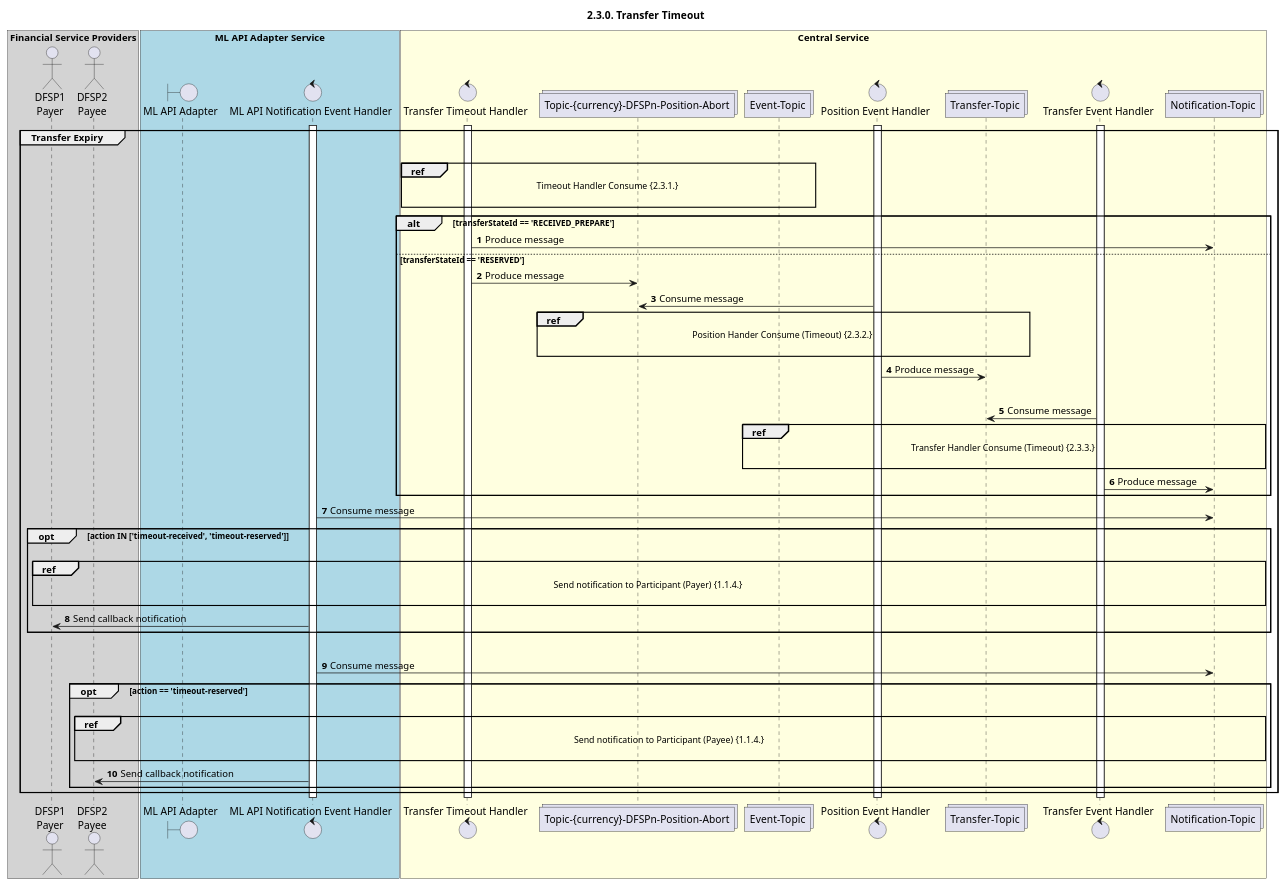
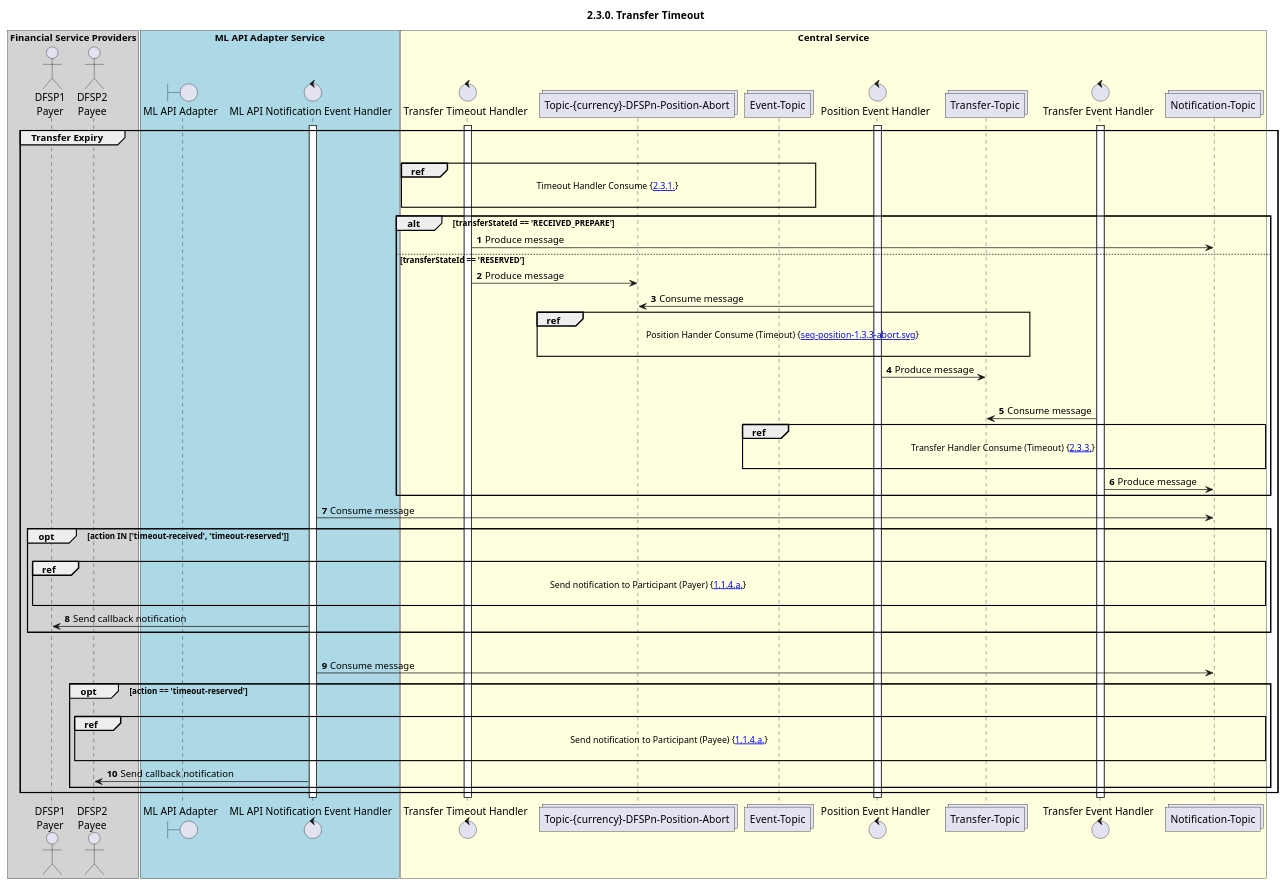
The diagram in CentralServices/seq_diagrams/seq-timeout-2.3.0.plantuml (ggrg/docs), drawn with PlantUML before and after one commit. The commit also changed 50 other files, not shown here.

First line of the commit message:
Feature/443 Add Hyperlinks To Seq Diagrams (#76)

```diff
--- a/CentralServices/seq_diagrams/seq-timeout-2.3.0.plantuml
+++ b/CentralServices/seq_diagrams/seq-timeout-2.3.0.plantuml
@@ -1,85 +1,85 @@
 @startuml
 ' declate title
 title 2.3.0. Transfer Timeout
 
 autonumber
 
 ' Actor Keys:
 '   boundary - APIs/Interfaces, etc
 '   collections - Kafka Topics
 '   control - Kafka Consumers
 '   entity - Database Access Objects
 '   database - Database Persistance Store
 
 ' declare actors
 actor "DFSP1\nPayer" as DFSP1
 actor "DFSP2\nPayee" as DFSP2
 boundary "ML API Adapter" as MLAPI
 control "ML API Notification Event Handler" as NOTIFY_HANDLER
 control "Transfer Timeout Handler" as EXP_HANDLER
 collections "Topic-{currency}-DFSPn-Position-Abort" as TOPIC_POSITION_DFSP
 control "Position Event Handler" as POS_HANDLER
 collections "Transfer-Topic" as TOPIC_TRANSFERS
 control "Transfer Event Handler" as TRANS_HANDLER
 collections "Notification-Topic" as TOPIC_NOTIFICATIONS
 collections "Event-Topic" as TOPIC_EVENT
 
 box "Financial Service Providers" #lightGray
 	participant DFSP1
 	participant DFSP2
 end box
 
 box "ML API Adapter Service" #LightBlue
 	participant MLAPI
 	participant NOTIFY_HANDLER
 end box
 
 box "Central Service" #LightYellow
     participant EXP_HANDLER
     participant TOPIC_POSITION_DFSP
     participant TOPIC_EVENT
     participant POS_HANDLER
     participant TOPIC_TRANSFERS
     participant TRANS_HANDLER
     participant TOPIC_NOTIFICATIONS
 end box
 
 ' start flow
 activate NOTIFY_HANDLER
 activate EXP_HANDLER
 activate POS_HANDLER
 activate TRANS_HANDLER
 group Transfer Expiry
     |||
-    ref over EXP_HANDLER, TOPIC_EVENT :  Timeout Handler Consume {2.3.1.} \n
+    ref over EXP_HANDLER, TOPIC_EVENT :  Timeout Handler Consume {[[https://github.com/mojaloop/docs/blob/develop/CentralServices/seq_diagrams/seq-timeout-2.3.1.svg 2.3.1.]]} \n
     alt transferStateId == 'RECEIVED_PREPARE'
         EXP_HANDLER -> TOPIC_NOTIFICATIONS: Produce message
     else transferStateId == 'RESERVED'
         EXP_HANDLER -> TOPIC_POSITION_DFSP: Produce message
         TOPIC_POSITION_DFSP <- POS_HANDLER: Consume message
-        ref over TOPIC_POSITION_DFSP, TOPIC_TRANSFERS :  Position Hander Consume (Timeout) {2.3.2.} \n
+        ref over TOPIC_POSITION_DFSP, TOPIC_TRANSFERS :  Position Hander Consume (Timeout) {[[https://github.com/mojaloop/docs/blob/develop/CentralServices/seq_diagrams/seq-position-1.3.3-abort.svg seq-position-1.3.3-abort.svg]]} \n
         POS_HANDLER -> TOPIC_TRANSFERS: Produce message
         |||
         TOPIC_TRANSFERS <- TRANS_HANDLER: Consume message
-        ref over TOPIC_EVENT, TOPIC_NOTIFICATIONS : Transfer Handler Consume (Timeout) {2.3.3.} \n
+        ref over TOPIC_EVENT, TOPIC_NOTIFICATIONS : Transfer Handler Consume (Timeout) {[[https://github.com/mojaloop/docs/blob/develop/CentralServices/seq_diagrams/seq-timeout-2.3.3.svg 2.3.3.]]} \n
         TRANS_HANDLER -> TOPIC_NOTIFICATIONS: Produce message
     end
     TOPIC_NOTIFICATIONS <- NOTIFY_HANDLER: Consume message
     opt action IN ['timeout-received', 'timeout-reserved']
         |||
-        ref over DFSP1, TOPIC_NOTIFICATIONS : Send notification to Participant (Payer) {1.1.4.} \n
+        ref over DFSP1, TOPIC_NOTIFICATIONS : Send notification to Participant (Payer) {[[https://github.com/mojaloop/docs/blob/develop/CentralServices/seq_diagrams/seq-prepare-1.1.4.a.svg 1.1.4.a.]]} \n
         NOTIFY_HANDLER -> DFSP1: Send callback notification
     end
     |||
     TOPIC_NOTIFICATIONS <- NOTIFY_HANDLER: Consume message
     opt action == 'timeout-reserved'
         |||
-        ref over DFSP2, TOPIC_NOTIFICATIONS : Send notification to Participant (Payee) {1.1.4.} \n
+        ref over DFSP2, TOPIC_NOTIFICATIONS : Send notification to Participant (Payee) {[[https://github.com/mojaloop/docs/blob/develop/CentralServices/seq_diagrams/seq-prepare-1.1.4.a.svg 1.1.4.a.]]} \n
         NOTIFY_HANDLER -> DFSP2: Send callback notification
     end
 end
 deactivate TRANS_HANDLER
 deactivate POS_HANDLER
 deactivate EXP_HANDLER
 deactivate NOTIFY_HANDLER
 @enduml
```
